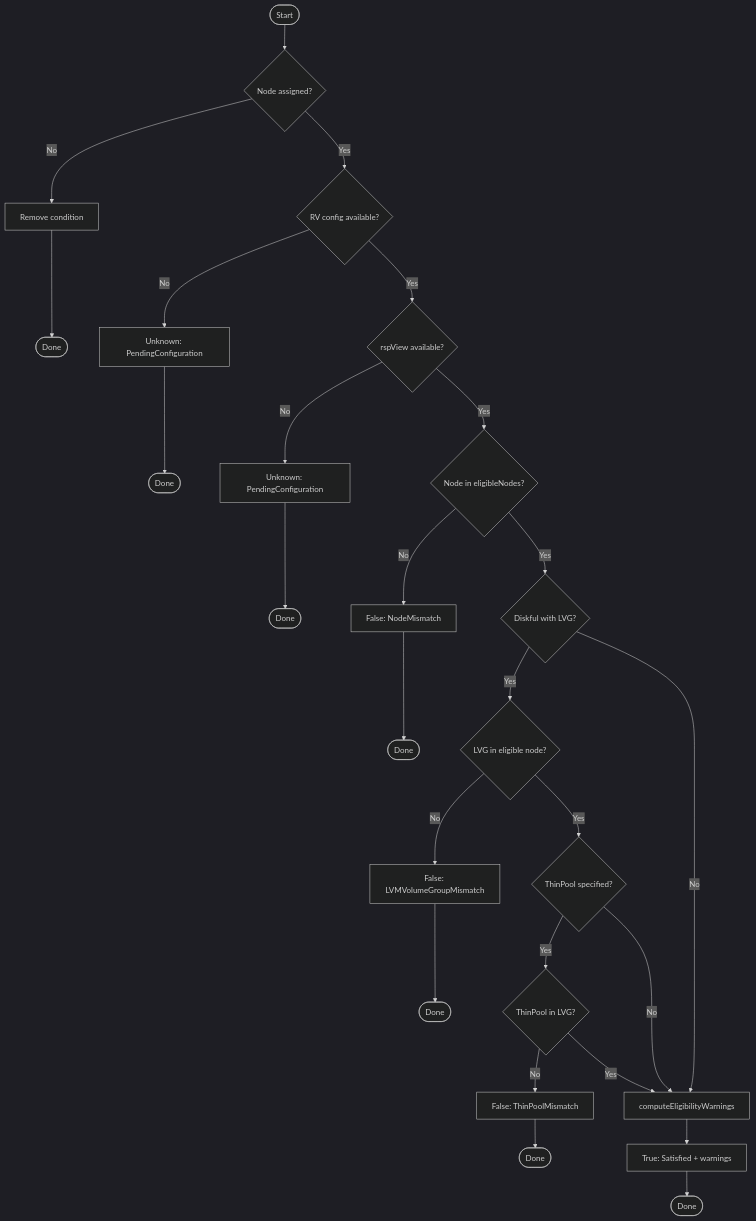
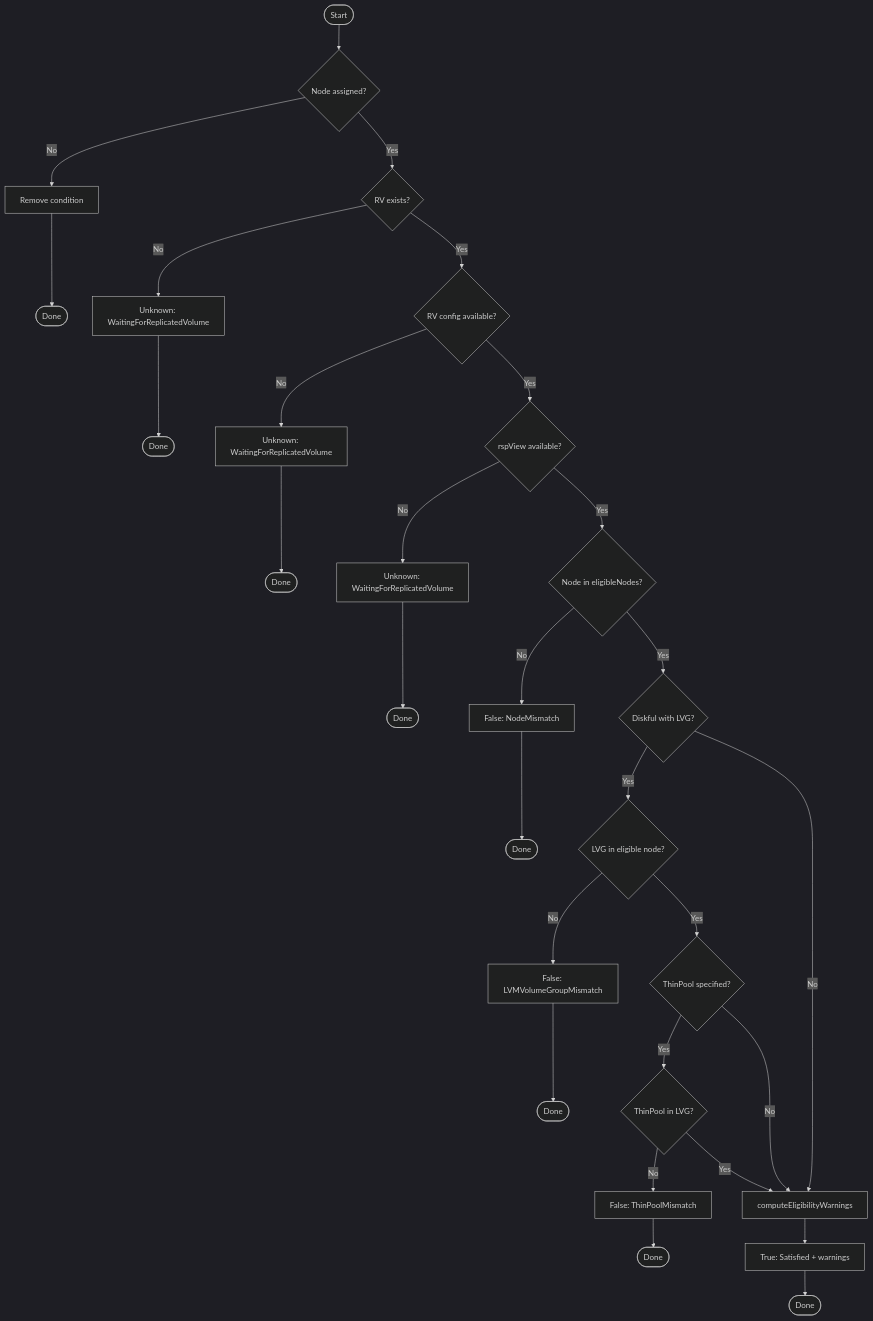
The fifth of 15 diagrams in images/controller/internal/controllers/rvr_controller/README.md (deckhouse/sds-replicated-volume), drawn with Mermaid (dark theme) before and after one commit. The commit also changed other lines of this file and 67 other files, not shown here.

First line of the commit message:
[controller,agent] Advance controller buildout; add debug flow logger

````diff
--- a/images/controller/internal/controllers/rvr_controller/README.md
+++ b/images/controller/internal/controllers/rvr_controller/README.md
@@ -760,36 +762,40 @@
 ```mermaid
 flowchart TD
     Start([Start]) --> CheckNode{Node assigned?}
     CheckNode -->|No| RemoveCond[Remove condition]
     RemoveCond --> End1([Done])
 
-    CheckNode -->|Yes| CheckConfig{RV config available?}
-    CheckConfig -->|No| SetUnknown1[Unknown: PendingConfiguration]
+    CheckNode -->|Yes| CheckRV{RV exists?}
+    CheckRV -->|No| SetUnknown1[Unknown: WaitingForReplicatedVolume]
     SetUnknown1 --> End2([Done])
 
+    CheckRV -->|Yes| CheckConfig{RV config available?}
+    CheckConfig -->|No| SetUnknown2[Unknown: WaitingForReplicatedVolume]
+    SetUnknown2 --> End3([Done])
+
     CheckConfig -->|Yes| CheckRSPView{rspView available?}
-    CheckRSPView -->|No| SetUnknown2[Unknown: PendingConfiguration]
-    SetUnknown2 --> End3([Done])
+    CheckRSPView -->|No| SetUnknown3[Unknown: WaitingForReplicatedVolume]
+    SetUnknown3 --> End4([Done])
 
     CheckRSPView -->|Yes| CheckNodeInList{Node in eligibleNodes?}
     CheckNodeInList -->|No| SetFalse1[False: NodeMismatch]
-    SetFalse1 --> End4([Done])
+    SetFalse1 --> End5([Done])
 
     CheckNodeInList -->|Yes| CheckDiskful{Diskful with LVG?}
     CheckDiskful -->|No| CollectWarnings[computeEligibilityWarnings]
 
     CheckDiskful -->|Yes| CheckLVG{LVG in eligible node?}
     CheckLVG -->|No| SetFalse2[False: LVMVolumeGroupMismatch]
-    SetFalse2 --> End5([Done])
+    SetFalse2 --> End6([Done])
 
     CheckLVG -->|Yes| CheckThinPool{ThinPool specified?}
     CheckThinPool -->|No| CollectWarnings
 
     CheckThinPool -->|Yes| CheckTPMatch{ThinPool in LVG?}
     CheckTPMatch -->|No| SetFalse3[False: ThinPoolMismatch]
-    SetFalse3 --> End6([Done])
+    SetFalse3 --> End7([Done])
 
     CheckTPMatch -->|Yes| CollectWarnings
     CollectWarnings --> SetTrue[True: Satisfied + warnings]
-    SetTrue --> End7([Done])
+    SetTrue --> End8([Done])
 ```
````
